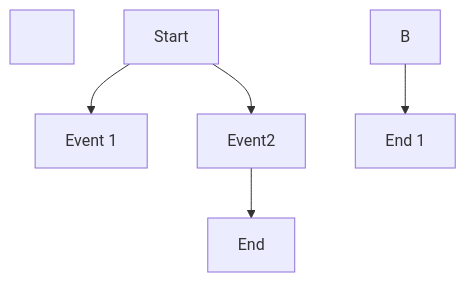
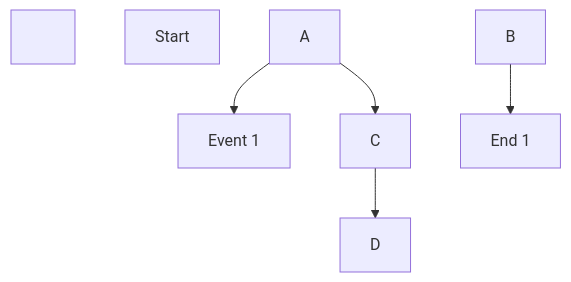
The diagram in README.md (LbsLundAW/DiceGame-Examples), drawn with Mermaid before and after one commit.

````diff
--- a/README.md
+++ b/README.md
@@ -7,13 +7,15 @@
 ```mermaid
 
 flowchart TD
 
-&nbsp;	Start-->B\["Event 1"]
+&nbsp;	A\[Start]
 
-&nbsp;	Start-->Event2
+&nbsp;	A-->B\[Event 1]
 
-&nbsp;	B-->End\[End 1]
+&nbsp;	A-->C
 
-&nbsp;	Event2-->End
+&nbsp;	B-->D\[End 1]
+
+&nbsp;	C-->D
 
 ```
````
